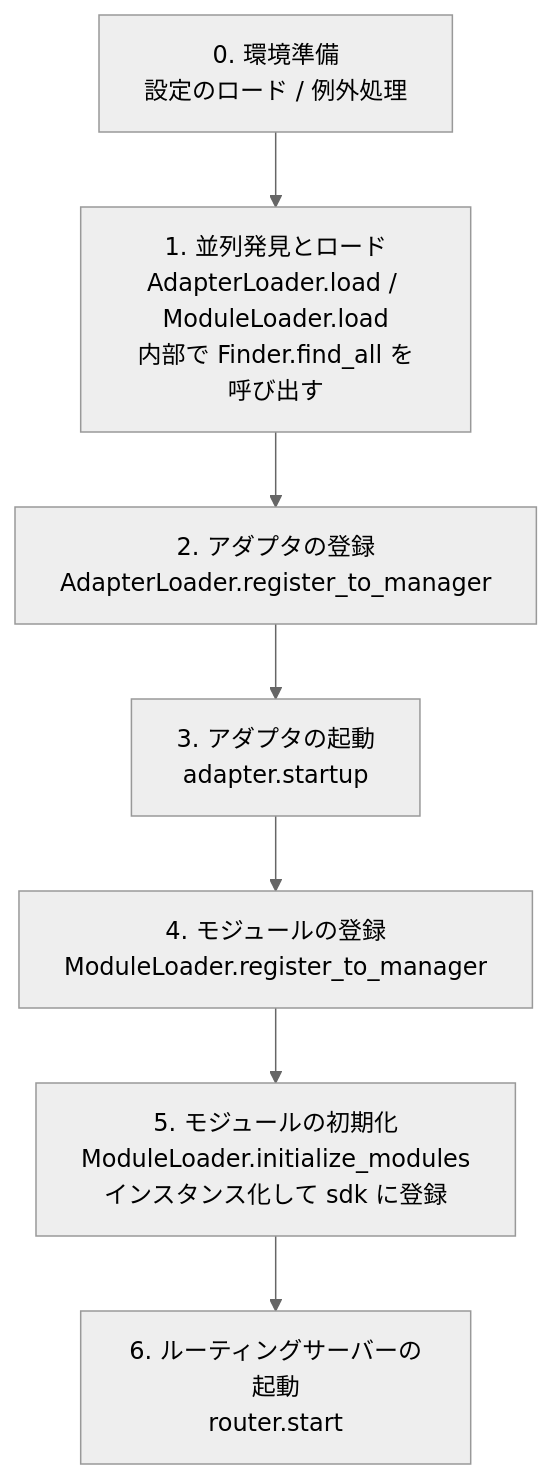
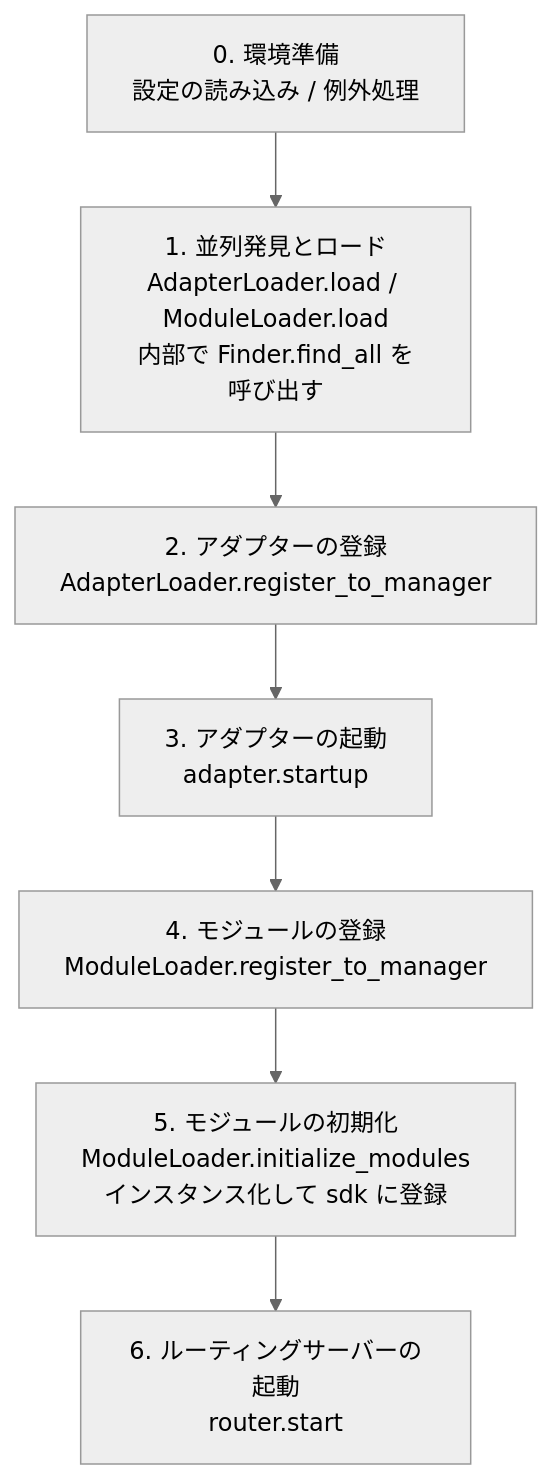
One commit to ErisPulse/ErisPulse changed the diagram in docs/ja/advanced/startup.md. Above: the diagram before and after it, drawn with Mermaid (neutral theme). The commit also changed other lines of this file and 331 other files, not shown here.

````diff
--- a/docs/ja/advanced/startup.md
+++ b/docs/ja/advanced/startup.md
@@ -30,10 +30,10 @@
 ```mermaid
 flowchart TD
-    A[0. 環境準備<br/>設定のロード / 例外処理] --> B
+    A[0. 環境準備<br/>設定の読み込み / 例外処理] --> B
     B[1. 並列発見とロード<br/>AdapterLoader.load / ModuleLoader.load<br/>内部で Finder.find_all を呼び出す] --> C
-    C[2. アダプタの登録<br/>AdapterLoader.register_to_manager] --> D
-    D[3. アダプタの起動<br/>adapter.startup] --> E
+    C[2. アダプターの登録<br/>AdapterLoader.register_to_manager] --> D
+    D[3. アダプターの起動<br/>adapter.startup] --> E
     E[4. モジュールの登録<br/>ModuleLoader.register_to_manager] --> F
     F[5. モジュールの初期化<br/>ModuleLoader.initialize_modules<br/>インスタンス化して sdk に登録] --> G
     G[6. ルーティングサーバーの起動<br/>router.start]
 ```
````
